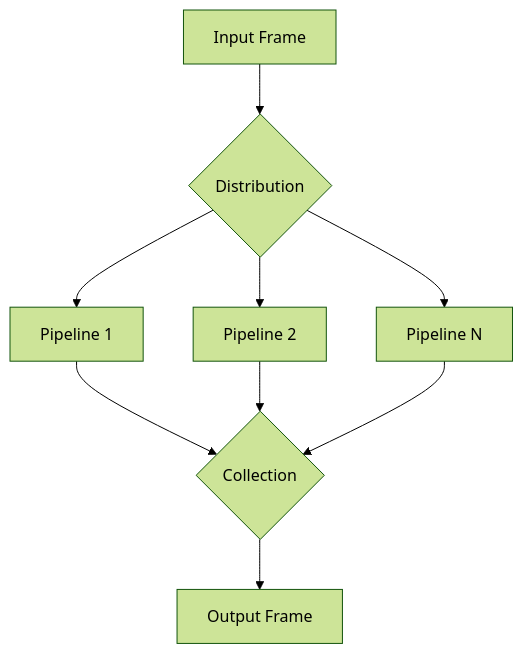
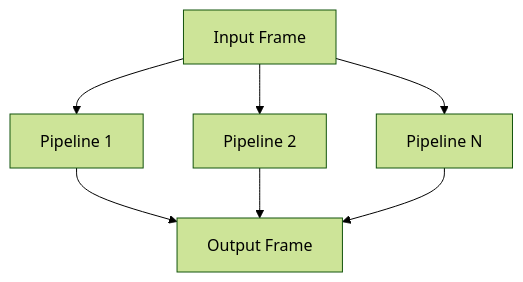
The diagram in api-reference/pipelines/parallel-pipeline.mdx (pipecat-ai/docs), drawn with Mermaid (forest theme) before and after one commit. The commit also changed 13 other files, not shown here.

````diff
--- a/api-reference/pipelines/parallel-pipeline.mdx
+++ b/api-reference/pipelines/parallel-pipeline.mdx
@@ -64,11 +64,6 @@
 ```mermaid
 graph TD
-    A[Input Frame] --> B{Distribution}
-    B --> C[Pipeline 1]
-    B --> D[Pipeline 2]
-    B --> E[Pipeline N]
-    C --> F{Collection}
-    D --> F
-    E --> F
-    F --> G[Output Frame]
+    A[Input Frame] --> B[Pipeline 1] --> E[Output Frame]
+    A[Input Frame] --> C[Pipeline 2] --> E[Output Frame]
+    A[Input Frame] --> D[Pipeline N] --> E[Output Frame]
 ```
````
